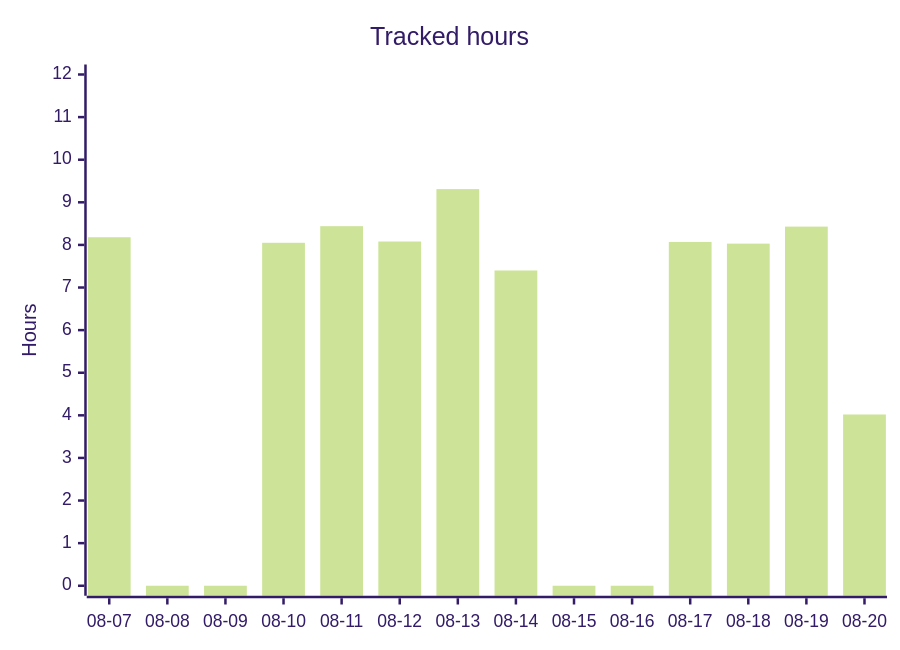
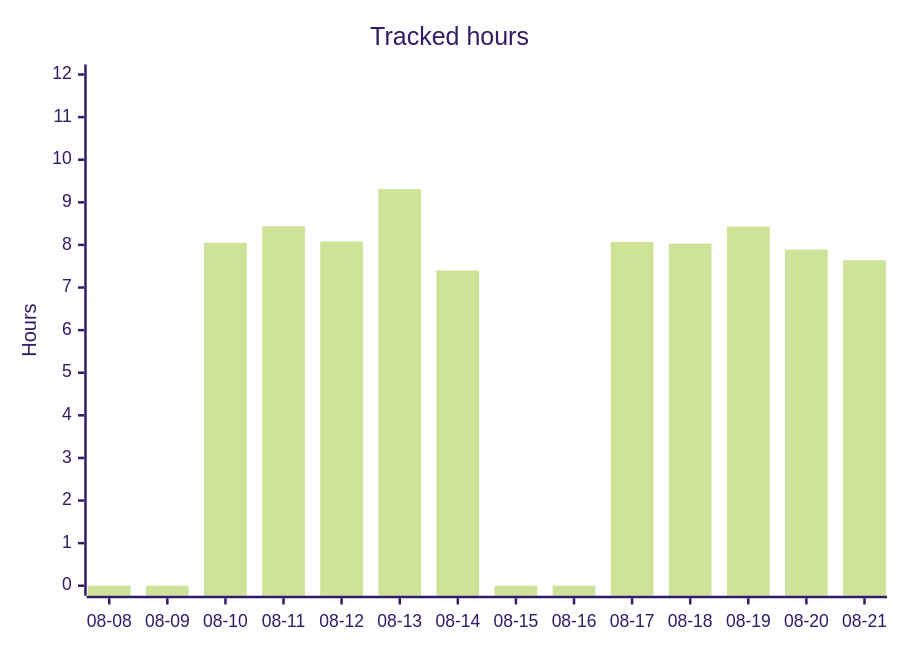
Before and after one commit to albinforsberg-netizen/timeclock: the second of 5 diagrams in README.org, drawn with Mermaid (forest theme). The commit also changed other lines of this file, not shown here.

```diff
--- a/README.org
+++ b/README.org
@@ -95,7 +95,7 @@
 #+begin_src mermaid
 xychart-beta
     title "Tracked hours"
-    x-axis ["08-07", "08-08", "08-09", "08-10", "08-11", "08-12", "08-13", "08-14", "08-15", "08-16", "08-17", "08-18", "08-19", "08-20"]
+    x-axis ["08-08", "08-09", "08-10", "08-11", "08-12", "08-13", "08-14", "08-15", "08-16", "08-17", "08-18", "08-19", "08-20", "08-21"]
     y-axis "Hours" 0 --> 12
-    bar [8.18, 0.00, 0.00, 8.05, 8.44, 8.08, 9.31, 7.40, 0.00, 0.00, 8.07, 8.03, 8.43, 4.02]
+    bar [0.00, 0.00, 8.05, 8.44, 8.08, 9.31, 7.40, 0.00, 0.00, 8.07, 8.03, 8.43, 7.89, 7.64]
 #+end_src
```
